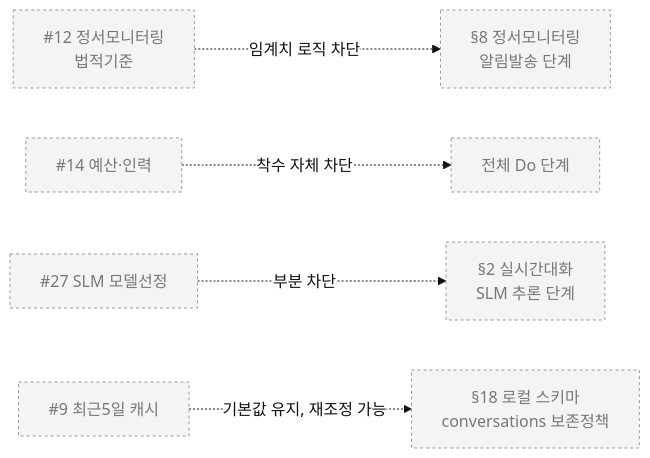
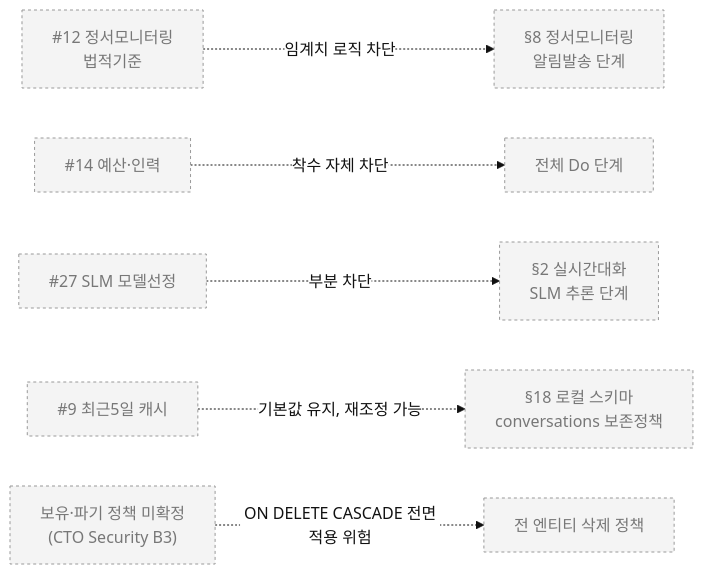
Before and after one commit to boheni07/SilverYarn: diagram 21 of 21 in docs/02-design/workflow-diagrams.md, drawn with Mermaid. The commit also changed other lines of this file and 19 other files, not shown here.

````diff
--- a/docs/02-design/workflow-diagrams.md
+++ b/docs/02-design/workflow-diagrams.md
@@ -575,10 +590,11 @@
 ```mermaid
 %%{init: {'theme':'base', 'themeVariables': {'primaryColor':'#ffffff','primaryTextColor':'#111111','primaryBorderColor':'#111111','lineColor':'#111111','background':'#ffffff','mainBkg':'#ffffff','textColor':'#111111','edgeLabelBackground':'#ffffff'}}}%%
 flowchart LR
     D1["#12 정서모니터링<br/>법적기준"]:::off -.->|"임계치 로직 차단"| P8["§8 정서모니터링<br/>알림발송 단계"]:::off
     D2["#14 예산·인력"]:::off -.->|"착수 자체 차단"| ALL["전체 Do 단계"]:::off
     D3["#27 SLM 모델선정"]:::off -.->|"부분 차단"| P2["§2 실시간대화<br/>SLM 추론 단계"]:::off
     D4["#9 최근5일 캐시"]:::off -.->|"기본값 유지, 재조정 가능"| P18["§18 로컬 스키마<br/>conversations 보존정책"]:::off
+    D6["보유·파기 정책 미확정<br/>(CTO Security B3)"]:::off -.->|"ON DELETE CASCADE 전면적용 위험"| PALL["전 엔티티 삭제 정책"]:::off
 
     classDef off fill:#f4f4f4,color:#777777,stroke:#999999,stroke-width:1px,stroke-dasharray: 3 3;
 ```
````
